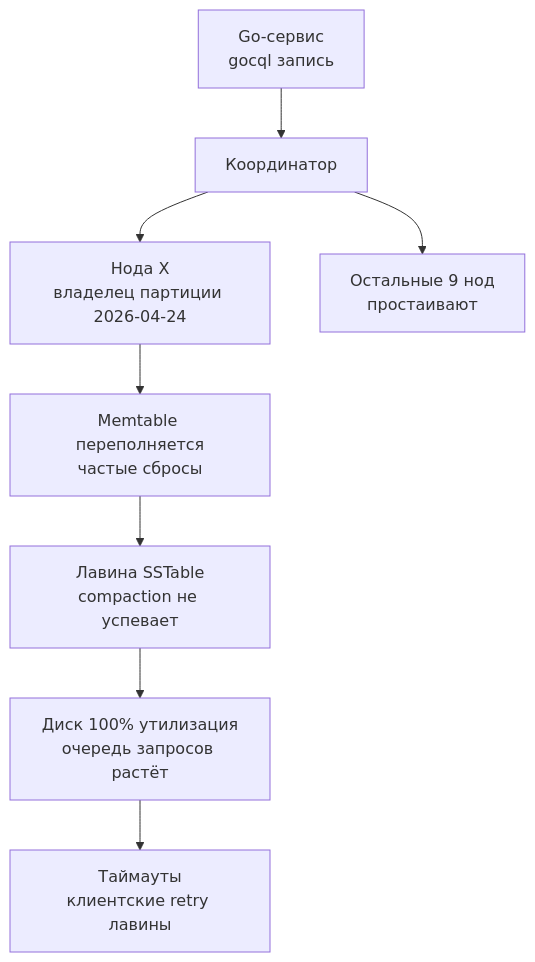
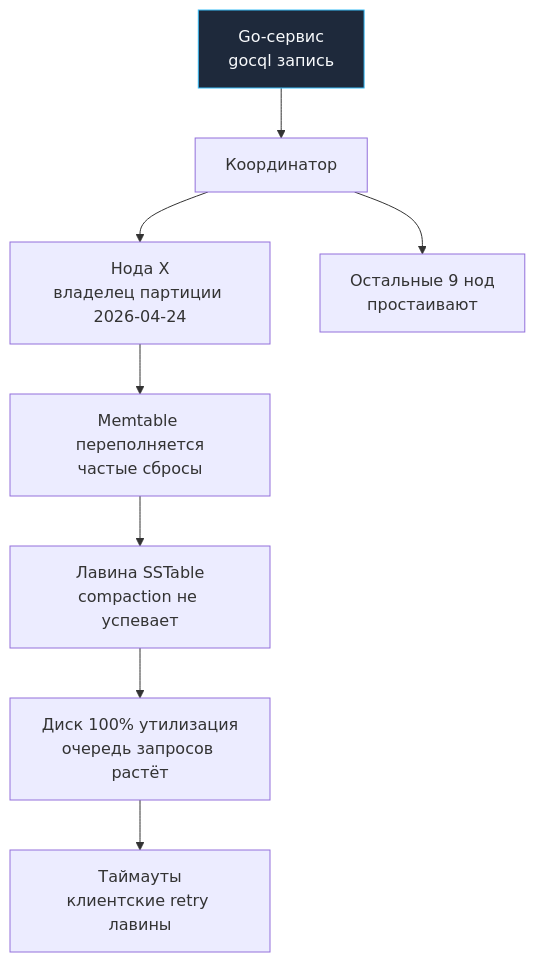
The diagram in sources/12. Базы данных/10. Практика и архитектура/14. Hot partition и skew.md (UnrealTemplier/go-textbook), drawn with Mermaid before and after one commit. The commit also changed 1666 other files, not shown here.

First line of the commit message:
feat(mermaid): add semantic color classDef to 1369 colorless flowchart/graph diagrams

````diff
--- a/sources/12. Базы данных/10. Практика и архитектура/14. Hot partition и skew.md
+++ b/sources/12. Базы данных/10. Практика и архитектура/14. Hot partition и skew.md
@@ -30,10 +30,20 @@
 ```mermaid
 flowchart TD
-    Client["Go-сервис<br>gocql запись"] --> Coordinator["Координатор"]
+    classDef process  fill:#1e293b,stroke:#38bdf8,stroke-width:1px,color:#f8fafc
+    classDef success  fill:#064e3b,stroke:#34d399,stroke-width:1px,color:#f8fafc
+    classDef error    fill:#7f1d1d,stroke:#f87171,stroke-width:1px,color:#f8fafc
+    classDef warning  fill:#78350f,stroke:#fbbf24,stroke-width:1px,color:#f8fafc
+    classDef entry    fill:#1e3a5f,stroke:#38bdf8,stroke-width:2px,color:#f8fafc
+    classDef aux      fill:#334155,stroke:#64748b,stroke-width:1px,color:#f8fafc
+    classDef system   fill:#312e81,stroke:#a78bfa,stroke-width:1px,color:#f8fafc
+    classDef data     fill:#132d29,stroke:#2dd4bf,stroke-width:1px,color:#f8fafc
+    classDef network  fill:#881337,stroke:#fb7185,stroke-width:1px,color:#f8fafc
+    classDef accent   fill:#1e1b4b,stroke:#818cf8,stroke-width:1px,color:#f8fafc
+    Client["Go-сервис<br>gocql запись"]:::process --> Coordinator["Координатор"]
     Coordinator --> HotNode["Нода X<br>владелец партиции 2026-04-24"]
     Coordinator --> ColdNodes["Остальные 9 нод<br>простаивают"]
     HotNode --> Memtable["Memtable переполняется<br>частые сбросы"]
     Memtable --> SSTable["Лавина SSTable<br>compaction не успевает"]
     SSTable --> Disk["Диск 100% утилизация<br>очередь запросов растёт"]
     Disk --> Timeouts["Таймауты<br>клиентские retry лавины"]
 ```
````
